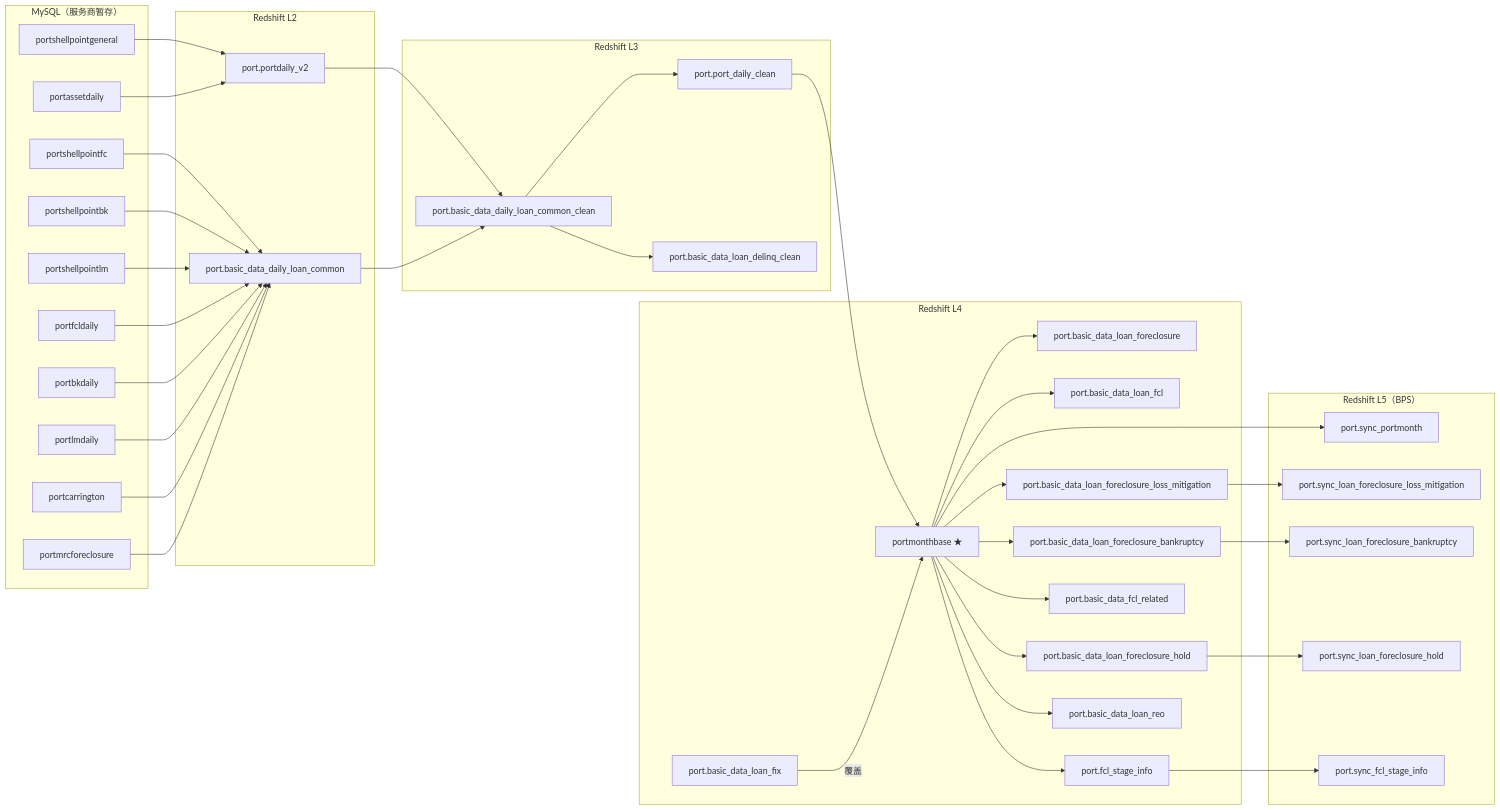
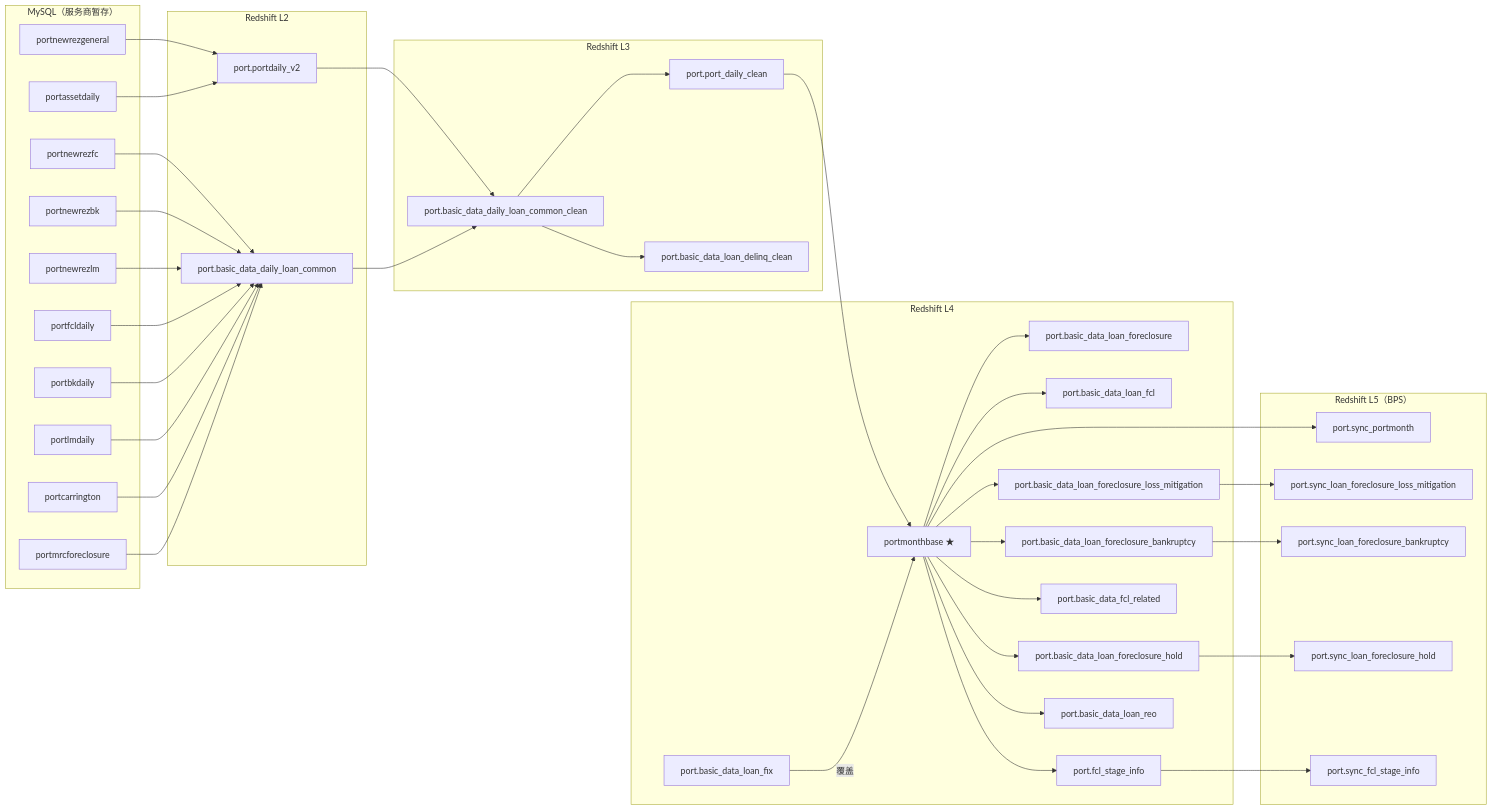
The fourth of 6 diagrams in docs/zh/06_diagrams.md (wen001-git/ForeclosureRule2), drawn with Mermaid before and after one commit. The commit also changed other lines of this file and 37 other files, not shown here.

````diff
--- a/docs/zh/06_diagrams.md
+++ b/docs/zh/06_diagrams.md
@@ -206,80 +209,80 @@
 ```mermaid
 graph LR
     subgraph MySQL["MySQL（服务商暂存）"]
-        SPFC["portshellpointfc"]
-        SPBK["portshellpointbk"]
-        SPLM["portshellpointlm"]
-        SPGEN["portshellpointgeneral"]
+        SPFC["portnewrezfc"]
+        SPBK["portnewrezbk"]
+        SPLM["portnewrezlm"]
+        SPGEN["portnewrezgeneral"]
         SLSFC["portfcldaily"]
         SLSBK["portbkdaily"]
         SLSLM["portlmdaily"]
         SLSA["portassetdaily"]
         CARPORT["portcarrington"]
         MRCFC["portmrcforeclosure"]
     end
 
     subgraph RedshiftL2["Redshift L2"]
         PDV2["port.portdaily_v2"]
         BDLC["port.basic_data_daily_loan_common"]
     end
 
     subgraph RedshiftL3["Redshift L3"]
         BDLCC["port.basic_data_daily_loan_common_clean"]
         PDC["port.port_daily_clean"]
         BDLD["port.basic_data_loan_delinq_clean"]
     end
 
     subgraph RedshiftL4["Redshift L4"]
         PMB["portmonthbase ★"]
         BLF["port.basic_data_loan_foreclosure"]
         BLFCL["port.basic_data_loan_fcl"]
         BLFH["port.basic_data_loan_foreclosure_hold"]
         BLFBK["port.basic_data_loan_foreclosure_bankruptcy"]
         BLFLM["port.basic_data_loan_foreclosure_loss_mitigation"]
         BLFR["port.basic_data_fcl_related"]
         FSI["port.fcl_stage_info"]
         BLREO["port.basic_data_loan_reo"]
         FIX["port.basic_data_loan_fix"]
     end
 
     subgraph RedshiftL5["Redshift L5（BPS）"]
         SPM["port.sync_portmonth"]
         SFL["port.sync_loan_foreclosure_loss_mitigation"]
         SFB["port.sync_loan_foreclosure_bankruptcy"]
         SFH["port.sync_loan_foreclosure_hold"]
         SFS["port.sync_fcl_stage_info"]
     end
 
     SPFC --> BDLC
     SPBK --> BDLC
     SPLM --> BDLC
     SPGEN --> PDV2
     SLSFC --> BDLC
     SLSBK --> BDLC
     SLSLM --> BDLC
     SLSA --> PDV2
     CARPORT --> BDLC
     MRCFC --> BDLC
 
     PDV2 --> BDLCC
     BDLC --> BDLCC
     BDLCC --> PDC
     BDLCC --> BDLD
 
     PDC --> PMB
     FIX -->|覆盖| PMB
     PMB --> BLF
     PMB --> BLFCL
     PMB --> BLFH
     PMB --> BLFBK
     PMB --> BLFLM
     PMB --> BLFR
     PMB --> FSI
     PMB --> BLREO
 
     PMB --> SPM
     BLFLM --> SFL
     BLFBK --> SFB
     BLFH --> SFH
     FSI --> SFS
 ```
````
